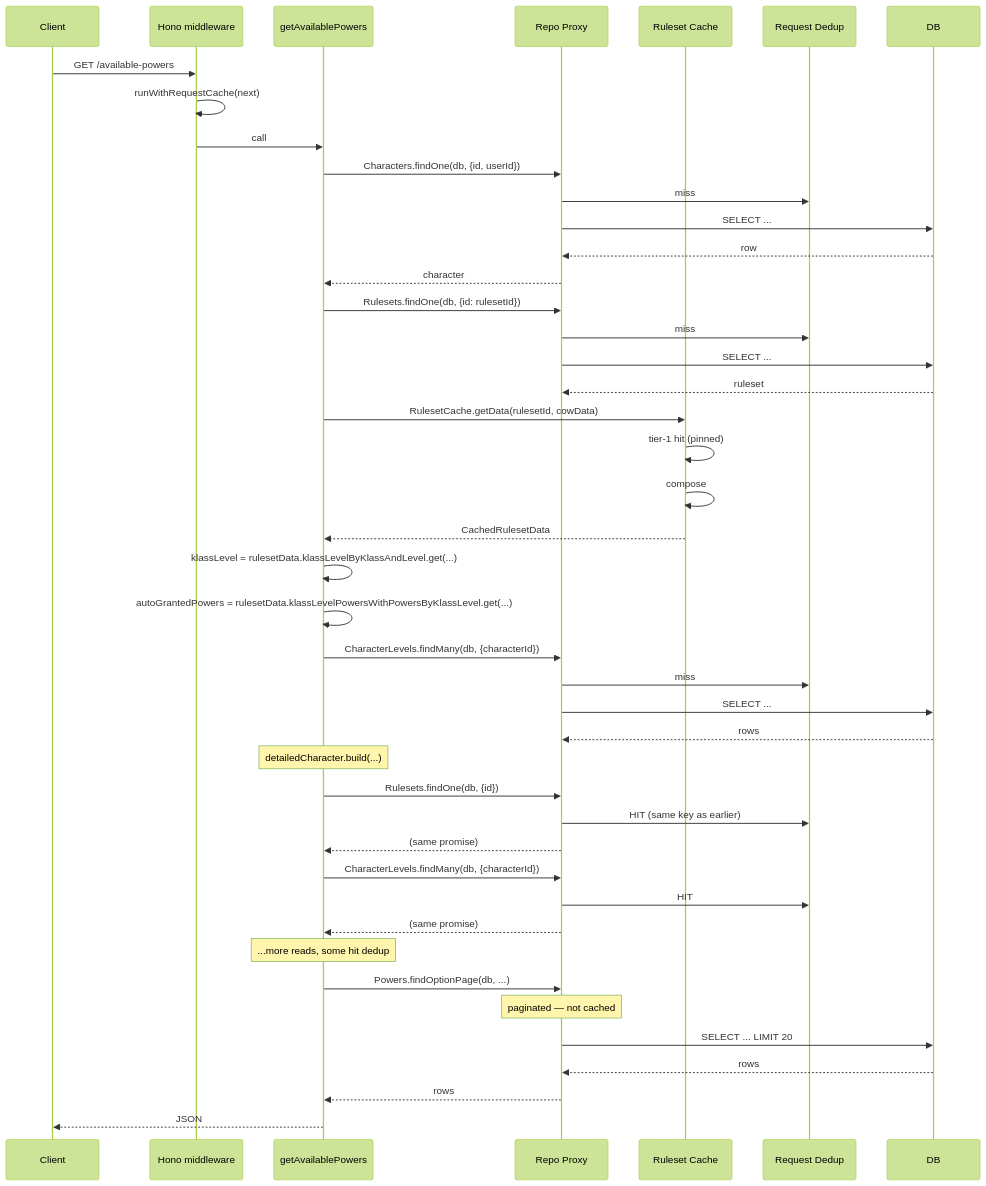
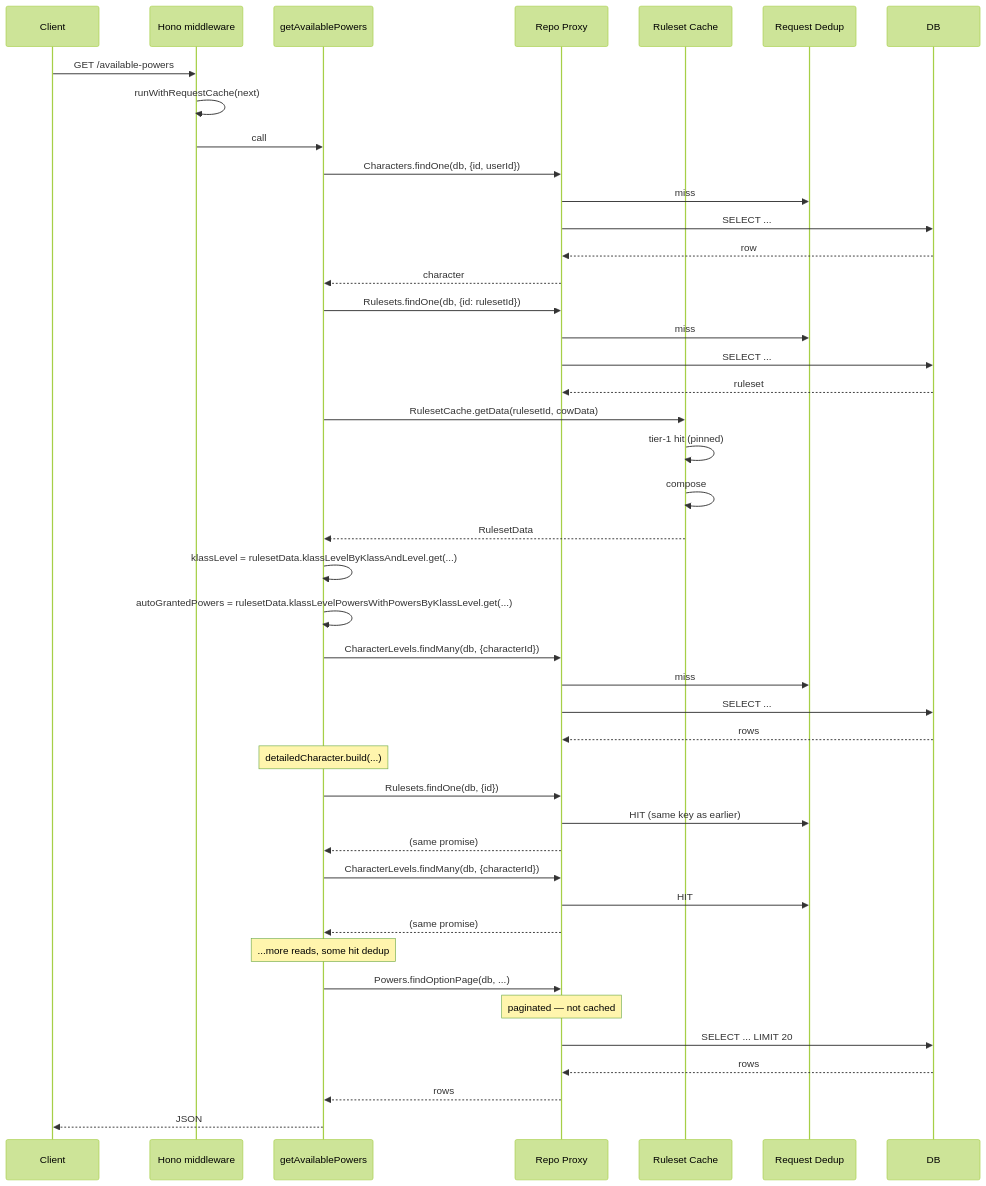
The seventh of 7 diagrams in docs/caching.md (PhilippeChab/arkyvree), drawn with Mermaid (forest theme) before and after one commit. The commit also changed other lines of this file and 50 other files, not shown here.

First line of the commit message:
Build a ruleset view's indices on first read: RulesetData, a class

````diff
--- a/docs/caching.md
+++ b/docs/caching.md
@@ -420,55 +419,55 @@
 ```mermaid
 sequenceDiagram
     participant Client
     participant Middle as Hono middleware
     participant Svc as getAvailablePowers
     participant Repo as Repo Proxy
     participant RS as Ruleset Cache
     participant Dedup as Request Dedup
     participant DB
 
     Client->>Middle: GET /available-powers
     Middle->>Middle: runWithRequestCache(next)
     Middle->>Svc: call
     Svc->>Repo: Characters.findOne(db, {id, userId})
     Repo->>Dedup: miss
     Repo->>DB: SELECT ...
     DB-->>Repo: row
     Repo-->>Svc: character
 
     Svc->>Repo: Rulesets.findOne(db, {id: rulesetId})
     Repo->>Dedup: miss
     Repo->>DB: SELECT ...
     DB-->>Repo: ruleset
 
     Svc->>RS: RulesetCache.getData(rulesetId, cowData)
     RS->>RS: tier-1 hit (pinned)
     RS->>RS: compose
-    RS-->>Svc: CachedRulesetData
+    RS-->>Svc: RulesetData
 
     Svc->>Svc: klassLevel = rulesetData.klassLevelByKlassAndLevel.get(...)
     Svc->>Svc: autoGrantedPowers = rulesetData.klassLevelPowersWithPowersByKlassLevel.get(...)
 
     Svc->>Repo: CharacterLevels.findMany(db, {characterId})
     Repo->>Dedup: miss
     Repo->>DB: SELECT ...
     DB-->>Repo: rows
 
     Note over Svc: detailedCharacter.build(...)
     Svc->>Repo: Rulesets.findOne(db, {id})
     Repo->>Dedup: HIT (same key as earlier)
     Repo-->>Svc: (same promise)
 
     Svc->>Repo: CharacterLevels.findMany(db, {characterId})
     Repo->>Dedup: HIT
     Repo-->>Svc: (same promise)
 
     Note over Svc: ...more reads, some hit dedup
 
     Svc->>Repo: Powers.findOptionPage(db, ...)
     Note over Repo: paginated — not cached
     Repo->>DB: SELECT ... LIMIT 20
     DB-->>Repo: rows
     Repo-->>Svc: rows
     Svc-->>Client: JSON
 ```
````
